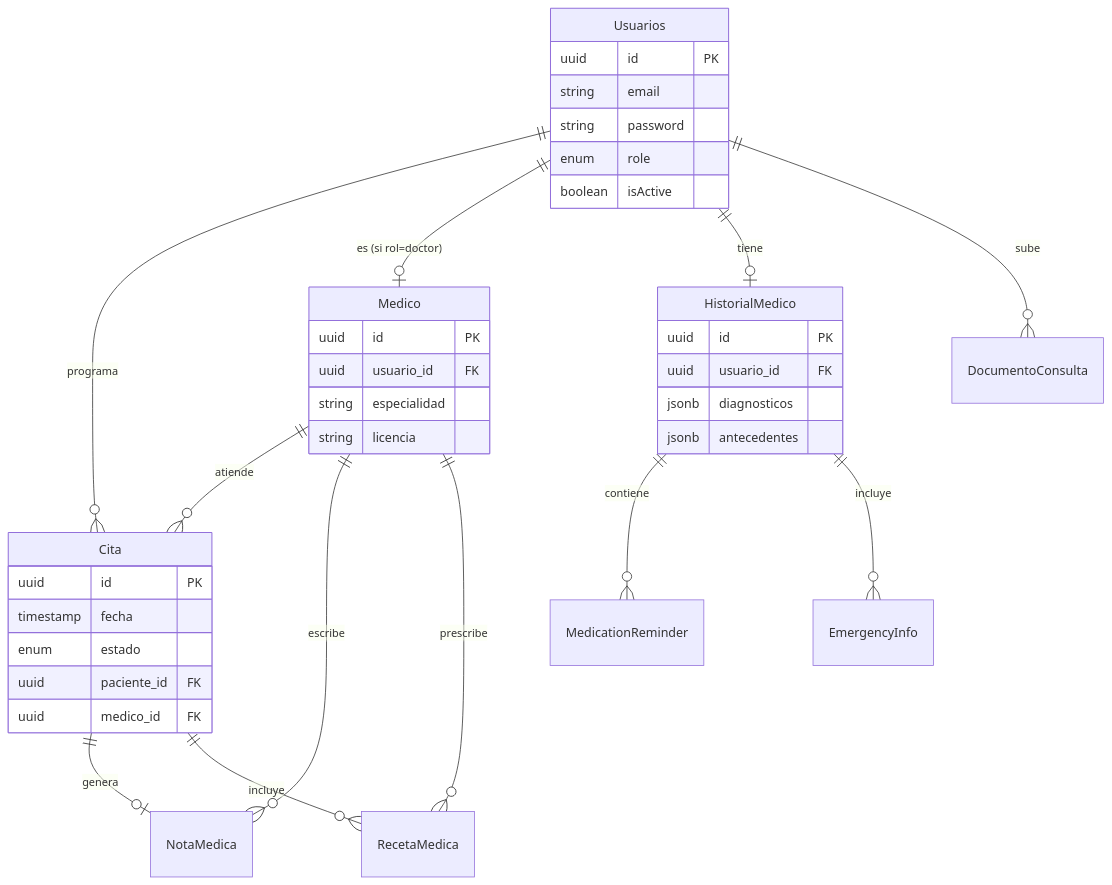
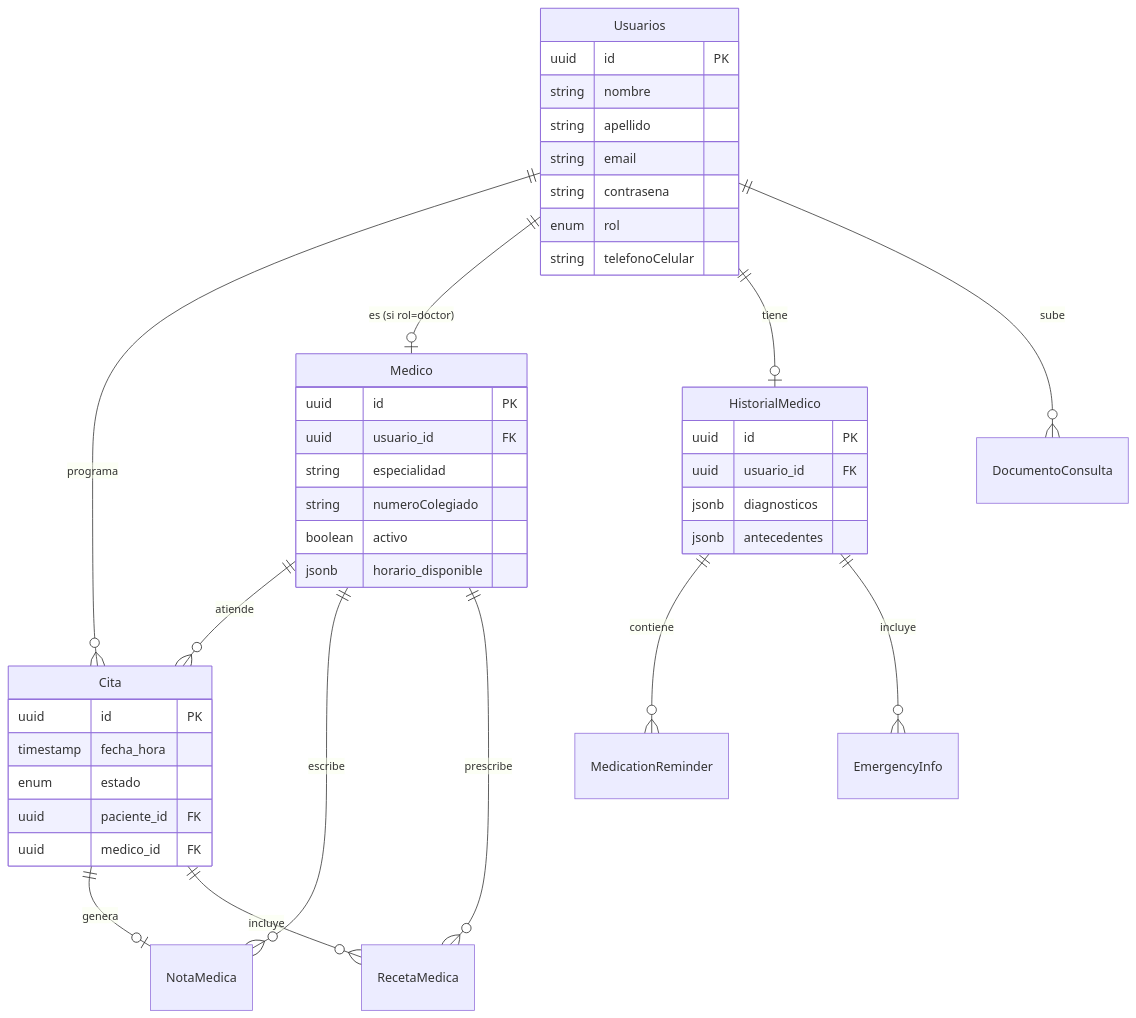
The second of 2 diagrams in README.md (RubenDarioGuerreroNeira/medical-app), drawn with Mermaid before and after one commit. The commit also changed other lines of this file and 19 other files, not shown here.

````diff
--- a/README.md
+++ b/README.md
@@ -116,47 +140,51 @@
 ```mermaid
 erDiagram
     Usuarios ||--o{ Cita : "programa"
     Usuarios ||--o| Medico : "es (si rol=doctor)"
     Usuarios ||--o| HistorialMedico : "tiene"
     Usuarios ||--o{ DocumentoConsulta : "sube"
-    
+
     Medico ||--o{ Cita : "atiende"
     Medico ||--o{ NotaMedica : "escribe"
     Medico ||--o{ RecetaMedica : "prescribe"
-    
+
     Cita ||--o| NotaMedica : "genera"
     Cita ||--o{ RecetaMedica : "incluye"
-    
+
     HistorialMedico ||--o{ MedicationReminder : "contiene"
     HistorialMedico ||--o{ EmergencyInfo : "incluye"
-    
+
     Usuarios {
         uuid id PK
+        string nombre
+        string apellido
         string email
-        string password
-        enum role
-        boolean isActive
+        string contrasena
+        enum rol
+        string telefonoCelular
     }
-    
+
     Cita {
         uuid id PK
-        timestamp fecha
+        timestamp fecha_hora
         enum estado
         uuid paciente_id FK
         uuid medico_id FK
     }
 
     Medico {
         uuid id PK
         uuid usuario_id FK
         string especialidad
-        string licencia
+        string numeroColegiado
+        boolean activo
+        jsonb horario_disponible
     }
 
     HistorialMedico {
         uuid id PK
         uuid usuario_id FK
         jsonb diagnosticos
         jsonb antecedentes
     }
 ```
````
